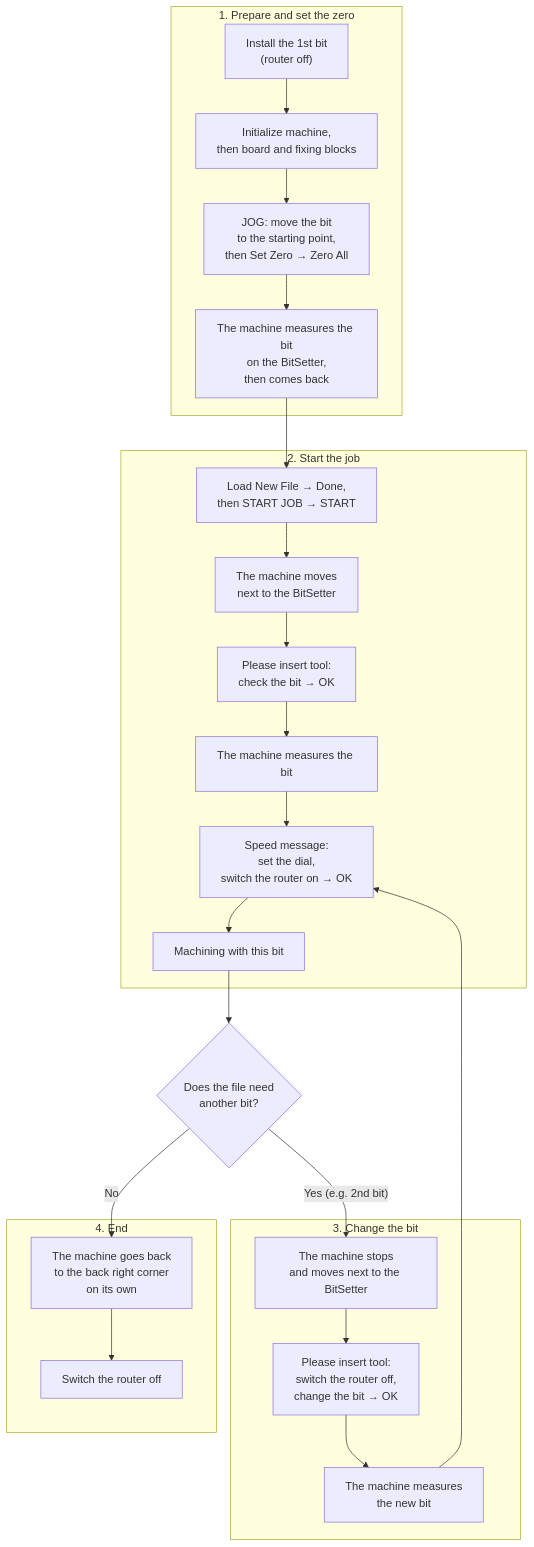
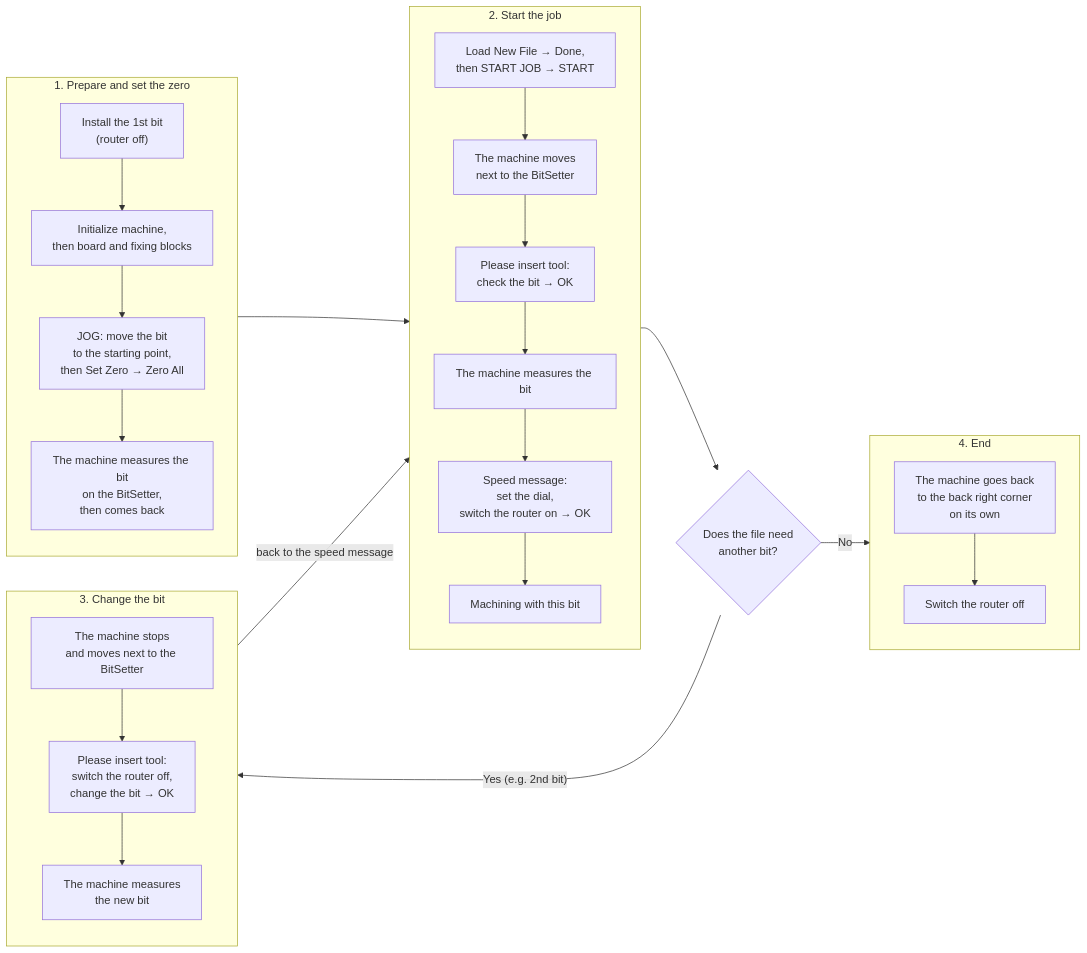
The diagram in src/content/docs/en/guides/cnc-machine.md (Fablab-PAE/pae-docs), drawn with Mermaid before and after one commit. The commit also changed 2 other files, not shown here.

Commit message:
build: cnc-diagram-horizontal

````diff
--- a/src/content/docs/en/guides/cnc-machine.md
+++ b/src/content/docs/en/guides/cnc-machine.md
@@ -106,27 +106,31 @@
 ```mermaid
-flowchart TD
+flowchart LR
   subgraph prep ["1. Prepare and set the zero"]
+    direction TB
     A["Install the 1st bit<br/>(router off)"] --> B["Initialize machine,<br/>then board and fixing blocks"]
     B --> C["JOG: move the bit<br/>to the starting point,<br/>then Set Zero → Zero All"]
     C --> D["The machine measures the bit<br/>on the BitSetter,<br/>then comes back"]:::risk
   end
   subgraph run ["2. Start the job"]
+    direction TB
     E["Load New File → Done,<br/>then START JOB → START"] --> F["The machine moves<br/>next to the BitSetter"]:::risk
     F --> G["Please insert tool:<br/>check the bit → OK"]:::queue
     G --> H["The machine measures the bit"]:::risk
     H --> I["Speed message:<br/>set the dial,<br/>switch the router on → OK"]:::queue
     I --> J["Machining with this bit"]:::new
   end
-  D --> E
-  J --> K{"Does the file need<br/>another bit?"}
   subgraph change ["3. Change the bit"]
+    direction TB
     L["The machine stops<br/>and moves next to the BitSetter"]:::risk --> M["Please insert tool:<br/>switch the router off,<br/>change the bit → OK"]:::queue
     M --> N["The machine measures<br/>the new bit"]:::risk
   end
   subgraph fin ["4. End"]
+    direction TB
     O["The machine goes back<br/>to the back right corner<br/>on its own"]:::risk --> P["Switch the router off"]
   end
-  K -- "Yes (e.g. 2nd bit)" --> L
-  N --> I
-  K -- "No" --> O
+  prep --> run
+  run --> K{"Does the file need<br/>another bit?"}
+  K -- "Yes (e.g. 2nd bit)" --> change
+  change -- "back to the speed message" --> run
+  K -- "No" --> fin
 ```
````
